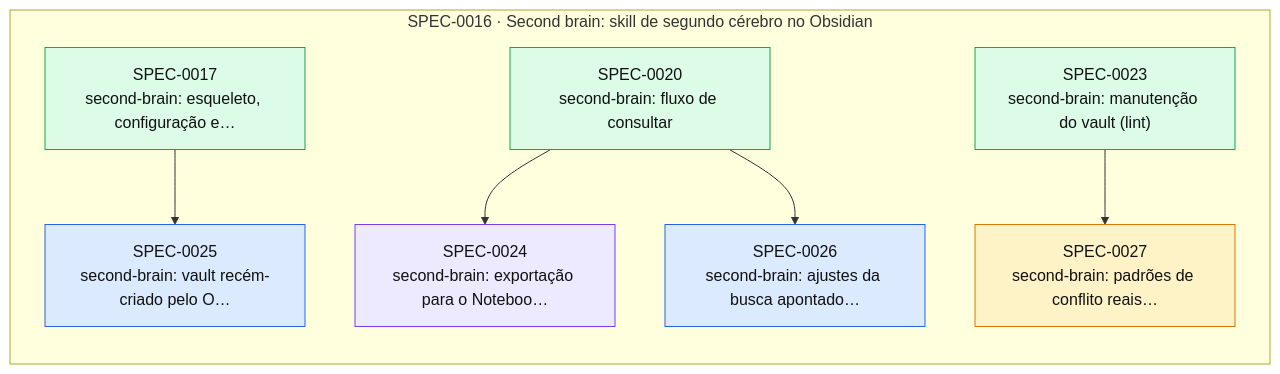
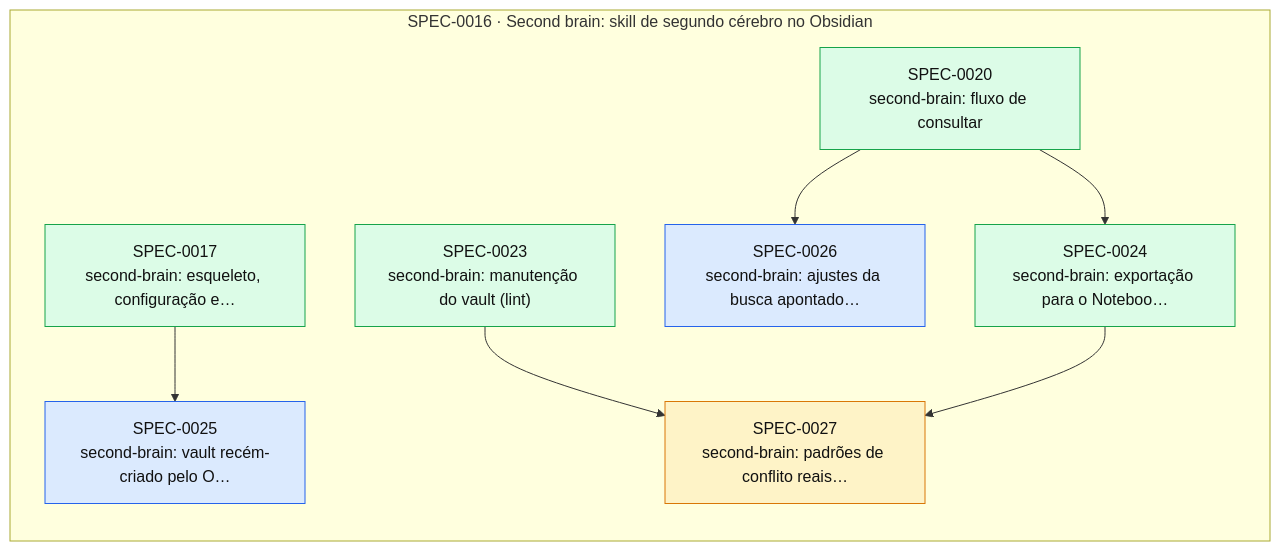
One commit to thomasravache/ai-dev-brain changed the diagram in docs/specs/INDEX.md. Above: the diagram before and after it, drawn with Mermaid. The commit also changed other lines of this file and 2 other files, not shown here.

First line of the commit message:
docs(specs): G7 e fechamento da SPEC-0024; SPEC-0027 recebe os minor da exportação

````diff
--- a/docs/specs/INDEX.md
+++ b/docs/specs/INDEX.md
@@ -48,21 +47,22 @@
 ```mermaid
 flowchart LR
   subgraph E0016["SPEC-0016 · Second brain: skill de segundo cérebro no Obsidian"]
     S0017["SPEC-0017<br/>second-brain: esqueleto, configuração e…"]:::implemented
     S0020["SPEC-0020<br/>second-brain: fluxo de consultar"]:::implemented
     S0023["SPEC-0023<br/>second-brain: manutenção do vault (lint)"]:::implemented
-    S0024["SPEC-0024<br/>second-brain: exportação para o Noteboo…"]:::inprogress
+    S0024["SPEC-0024<br/>second-brain: exportação para o Noteboo…"]:::implemented
     S0025["SPEC-0025<br/>second-brain: vault recém-criado pelo O…"]:::approved
     S0026["SPEC-0026<br/>second-brain: ajustes da busca apontado…"]:::approved
     S0027["SPEC-0027<br/>second-brain: padrões de conflito reais…"]:::proposed
   end
   S0020 --> S0024
   S0017 --> S0025
   S0020 --> S0026
   S0023 --> S0027
+  S0024 --> S0027
   classDef proposed fill:#fef3c7,stroke:#d97706,color:#111
   classDef approved fill:#dbeafe,stroke:#2563eb,color:#111
   classDef inprogress fill:#ede9fe,stroke:#7c3aed,color:#111
   classDef implemented fill:#dcfce7,stroke:#16a34a,color:#111
   classDef deprecated fill:#f3f4f6,stroke:#9ca3af,color:#6b7280
 ```
````
